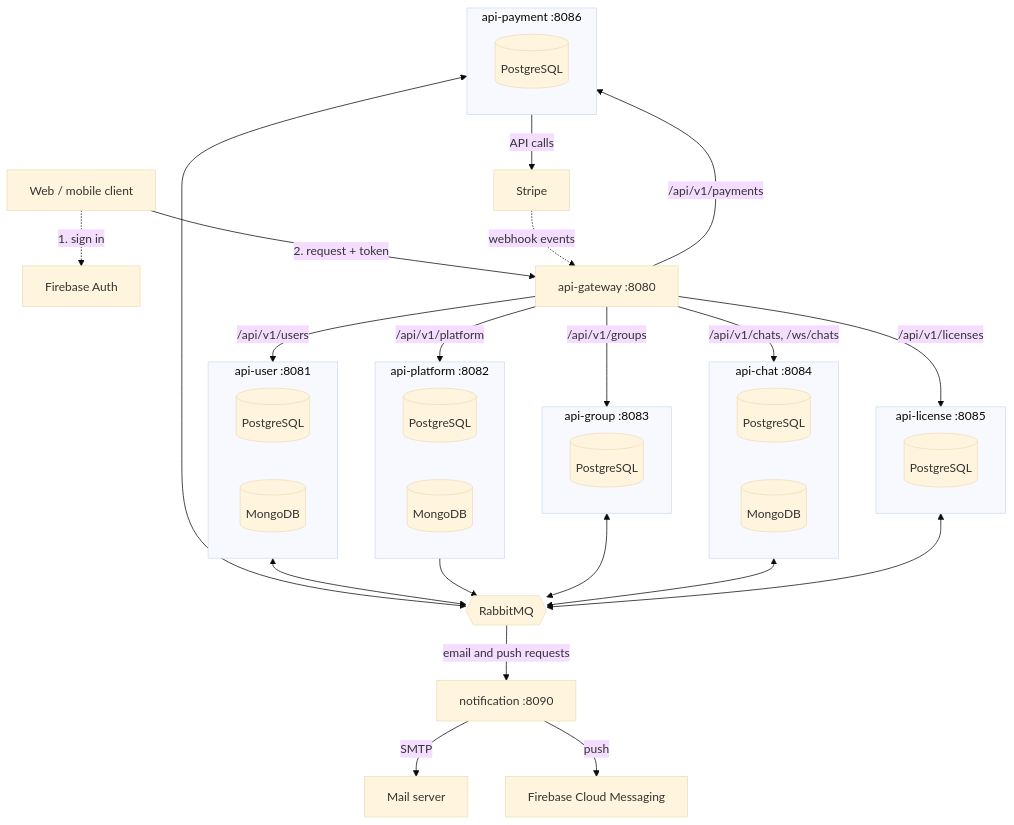
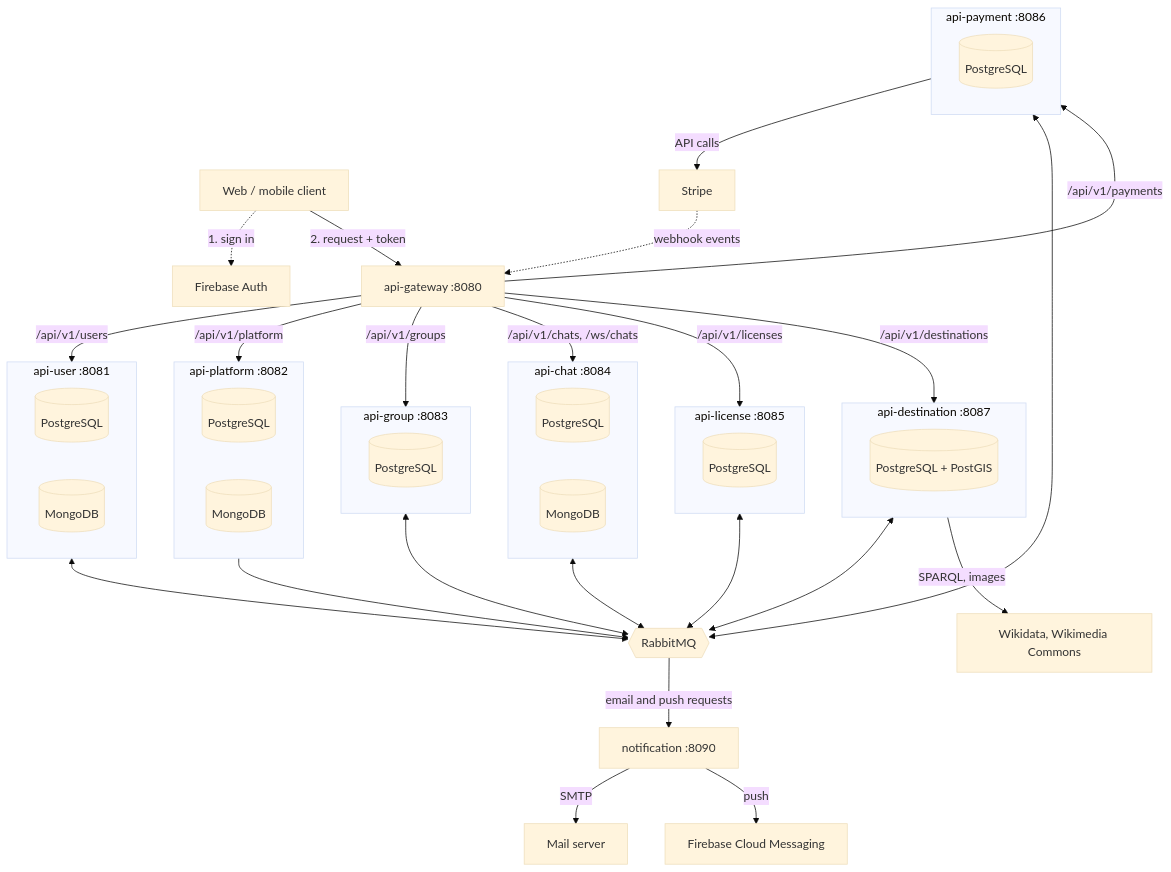
Before and after one commit to dragos-galeteanu/trip-huddle-backend: the first of 6 diagrams in README.md, drawn with Mermaid (base theme). The commit also changed other lines of this file and 259 other files, not shown here.

Commit message:
Implement the destination API

````diff
--- a/README.md
+++ b/README.md
@@ -9,53 +9,59 @@
 ```mermaid
 flowchart TB
     C[Web / mobile client]
     FB[Firebase Auth]
     GW[api-gateway :8080]
 
     C -.->|1. sign in| FB
     C -->|2. request + token| GW
 
     subgraph USER[api-user :8081]
         UPG[(PostgreSQL)]
         UMG[(MongoDB)]
     end
     subgraph PLATFORM[api-platform :8082]
         PPG[(PostgreSQL)]
         PMG[(MongoDB)]
     end
     subgraph GROUP[api-group :8083]
         GPG[(PostgreSQL)]
     end
     subgraph CHAT[api-chat :8084]
         CPG[(PostgreSQL)]
         CMG[(MongoDB)]
     end
     subgraph LICENSE[api-license :8085]
         LPG[(PostgreSQL)]
     end
     subgraph PAYMENT[api-payment :8086]
         PAPG[(PostgreSQL)]
     end
+    subgraph DESTINATION[api-destination :8087]
+        DPG[(PostgreSQL + PostGIS)]
+    end
     ST[Stripe]
 
     GW -->|/api/v1/users| USER
     GW -->|/api/v1/platform| PLATFORM
     GW -->|/api/v1/groups| GROUP
     GW -->|/api/v1/chats, /ws/chats| CHAT
     GW -->|/api/v1/licenses| LICENSE
     GW -->|/api/v1/payments| PAYMENT
+    GW -->|/api/v1/destinations| DESTINATION
+    DESTINATION <--> MQ
+    DESTINATION -->|SPARQL, images| WM[Wikidata, Wikimedia Commons]
     PAYMENT -->|API calls| ST
     PAYMENT <--> MQ
     ST -.->|webhook events| GW
 
     MQ{{RabbitMQ}}
     USER <--> MQ
     PLATFORM --> MQ
     GROUP <--> MQ
     CHAT <--> MQ
     LICENSE <--> MQ
 
     MQ -->|email and push requests| N[notification :8090]
     N -->|SMTP| M[Mail server]
     N -->|push| FCM[Firebase Cloud Messaging]
 ```
````
